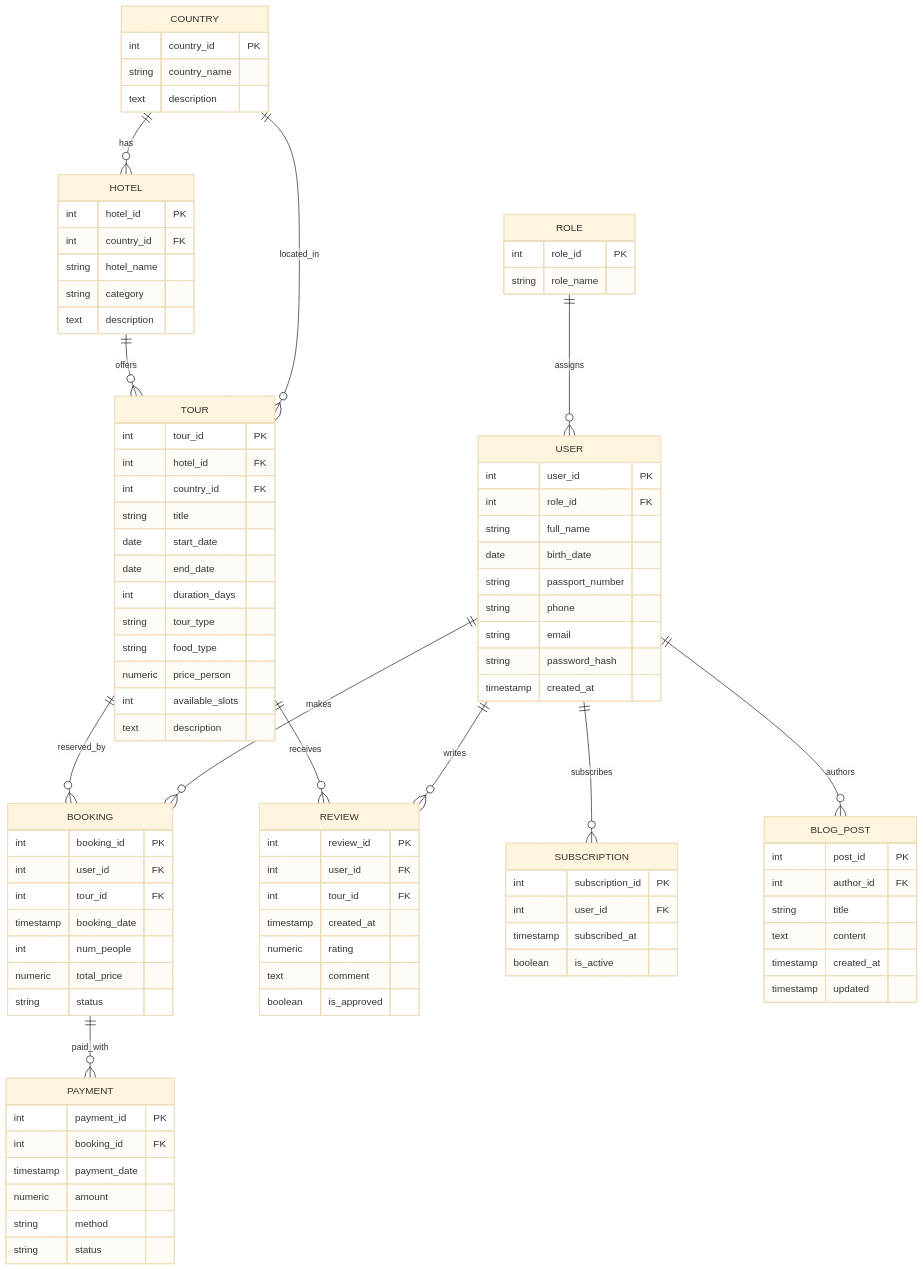
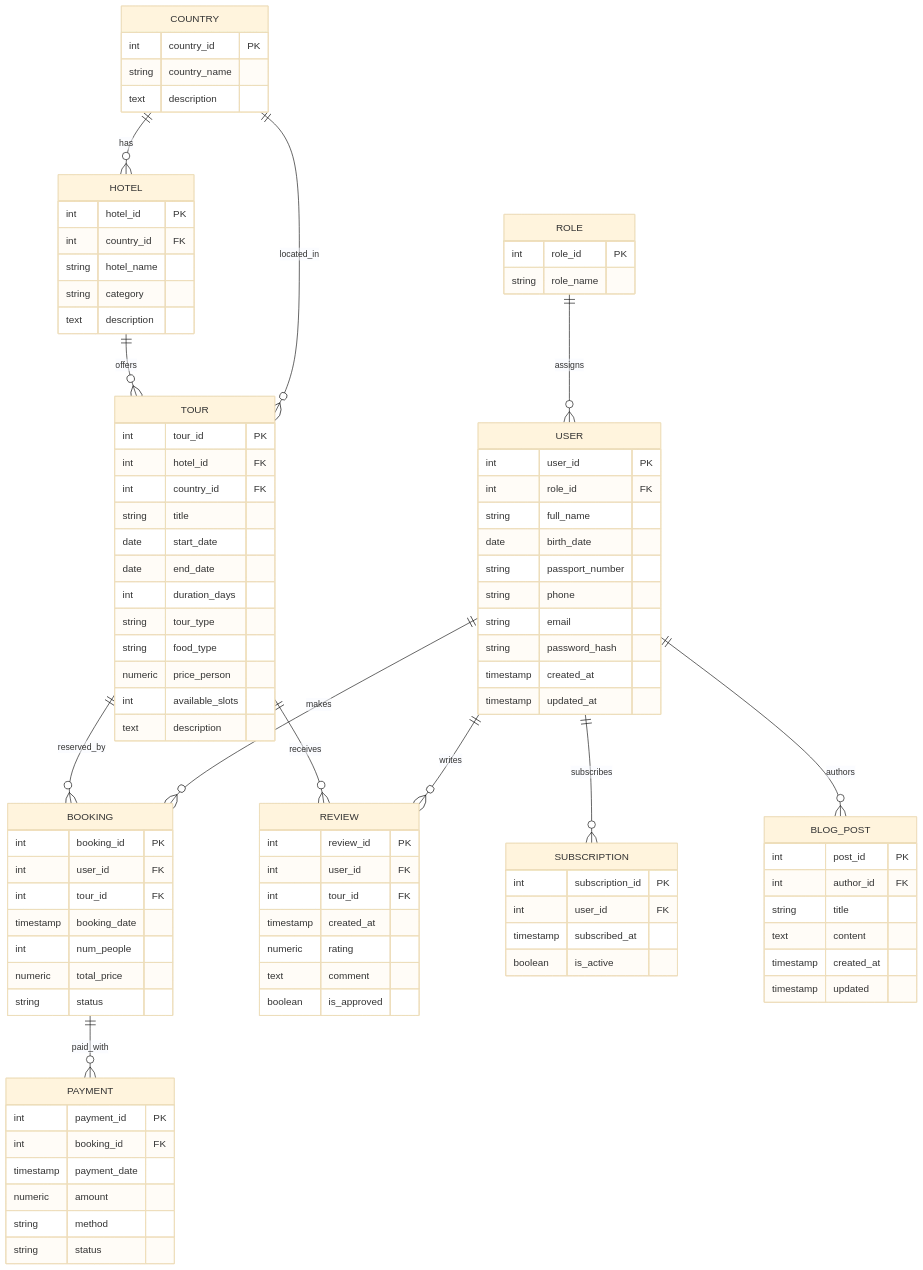
Before and after one commit to glorygangaga/travelAgency: the diagram in README.md, drawn with Mermaid (base theme). The commit also changed other lines of this file and 68 other files, not shown here.

```diff
--- a/README.md
+++ b/README.md
@@ -141,6 +141,7 @@
         string email
         string password_hash
         timestamp created_at
+        timestamp updated_at
     }
 
     COUNTRY {
```
